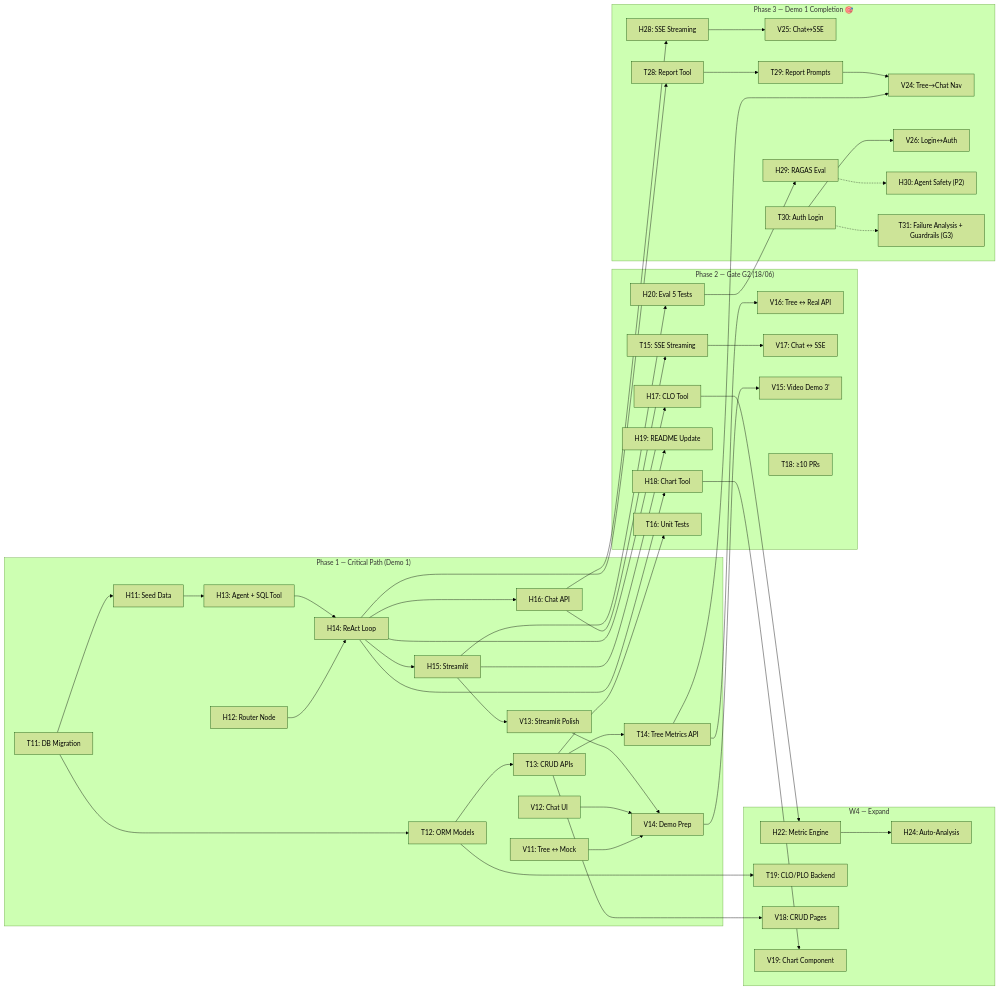
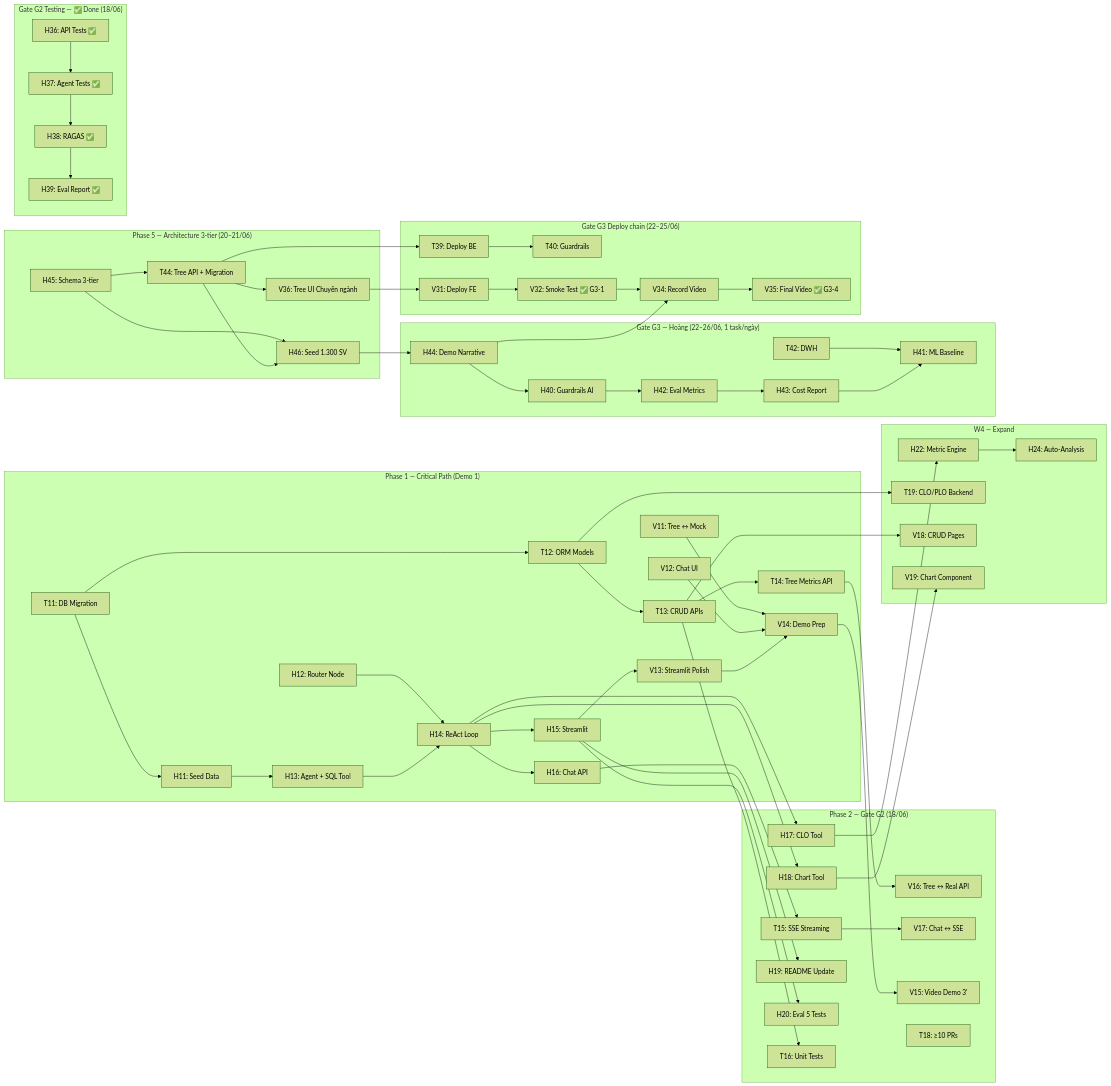
The second of 2 diagrams in docs/07-Sprint-Planning/Sprint2.md (ritvien/-Learning-Analytics-AI), drawn with Mermaid (forest theme) before and after one commit. The commit also changed other lines of this file, not shown here.

Commit message:
align task for Gate G3

````diff
--- a/docs/07-Sprint-Planning/Sprint2.md
+++ b/docs/07-Sprint-Planning/Sprint2.md
@@ -298,59 +399,78 @@
 ```mermaid
 graph LR
     subgraph "Phase 1 — Critical Path (Demo 1)"
         H11["H11: Seed Data"] --> H13["H13: Agent + SQL Tool"]
         T11["T11: DB Migration"] --> H11
         T11 --> T12["T12: ORM Models"]
         T12 --> T13["T13: CRUD APIs"]
         
         H12["H12: Router Node"] --> H14["H14: ReAct Loop"]
         H13 --> H14
         H14 --> H15["H15: Streamlit"]
         H14 --> H16["H16: Chat API"]
         
         T13 --> T14["T14: Tree Metrics API"]
         
         V11["V11: Tree ↔ Mock"] --> V14["V14: Demo Prep"]
         V12["V12: Chat UI"] --> V14
         H15 --> V13["V13: Streamlit Polish"]
         V13 --> V14
     end
 
     subgraph "Phase 2 — Gate G2 (18/06)"
         H16 --> T15["T15: SSE Streaming"]
         H14 --> H17["H17: CLO Tool"]
         H14 --> H18["H18: Chart Tool"]
         
         H15 --> H19["H19: README Update"]
         H15 --> H20["H20: Eval 5 Tests"]
         
         T14 --> V16["V16: Tree ↔ Real API"]
         T15 --> V17["V17: Chat ↔ SSE"]
         
         V14 --> V15["V15: Video Demo 3'"]
         
         T13 --> T16["T16: Unit Tests"]
         T18["T18: ≥10 PRs"]
     end
 
     subgraph "W4 — Expand"
         H17 --> H22["H22: Metric Engine"]
         H22 --> H24["H24: Auto-Analysis"]
         T12 --> T19["T19: CLO/PLO Backend"]
         T13 --> V18["V18: CRUD Pages"]
         H18 --> V19["V19: Chart Component"]
     end
 
-    subgraph "Phase 3 — Demo 1 Completion 🎯"
-        H16 --> H28["H28: SSE Streaming"]
-        H28 --> V25["V25: Chat↔SSE"]
-        T14 --> V24["V24: Tree→Chat Nav"]
-        H14 --> T28["T28: Report Tool"]
-        T28 --> T29["T29: Report Prompts"]
-        T29 --> V24
-        T30["T30: Auth Login"] --> V26["V26: Login↔Auth"]
-        H20 --> H29["H29: RAGAS Eval"]
-        H29 -.-> H30["H30: Agent Safety (P2)"]
-        T30 -.-> T31["T31: Failure Analysis + Guardrails (G3)"]
+    subgraph "Phase 5 — Architecture 3-tier (20–21/06)"
+        H45["H45: Schema 3-tier"] --> T44["T44: Tree API + Migration"]
+        T44 --> V36["V36: Tree UI Chuyên ngành"]
+        H45 --> H46["H46: Seed 1.300 SV"]
+        T44 --> H46
+    end
+
+    subgraph "Gate G2 Testing — ✅ Done (18/06)"
+        H36["H36: API Tests ✅"] --> H37["H37: Agent Tests ✅"]
+        H37 --> H38["H38: RAGAS ✅"]
+        H38 --> H39["H39: Eval Report ✅"]
+    end
+
+    subgraph "Gate G3 — Hoàng (22–26/06, 1 task/ngày)"
+        H46["H46: Seed 1.300 SV"] --> H44["H44: Demo Narrative"]
+        H44 --> H40["H40: Guardrails AI"]
+        H40 --> H42["H42: Eval Metrics"]
+        H42 --> H43["H43: Cost Report"]
+        T42["T42: DWH"] --> H41["H41: ML Baseline"]
+        H43 --> H41
+    end
+
+    subgraph "Gate G3 Deploy chain (22–25/06)"
+        V36 --> V31["V31: Deploy FE"]
+        T44 --> T39["T39: Deploy BE"]
+        T39 --> T40["T40: Guardrails"]
+        V31 --> V32["V32: Smoke Test ✅ G3-1"]
+        H44 --> V34["V34: Record Video"]
+        V32 --> V34
+        V34 --> V35["V35: Final Video ✅ G3-4"]
     end
 ```
````
